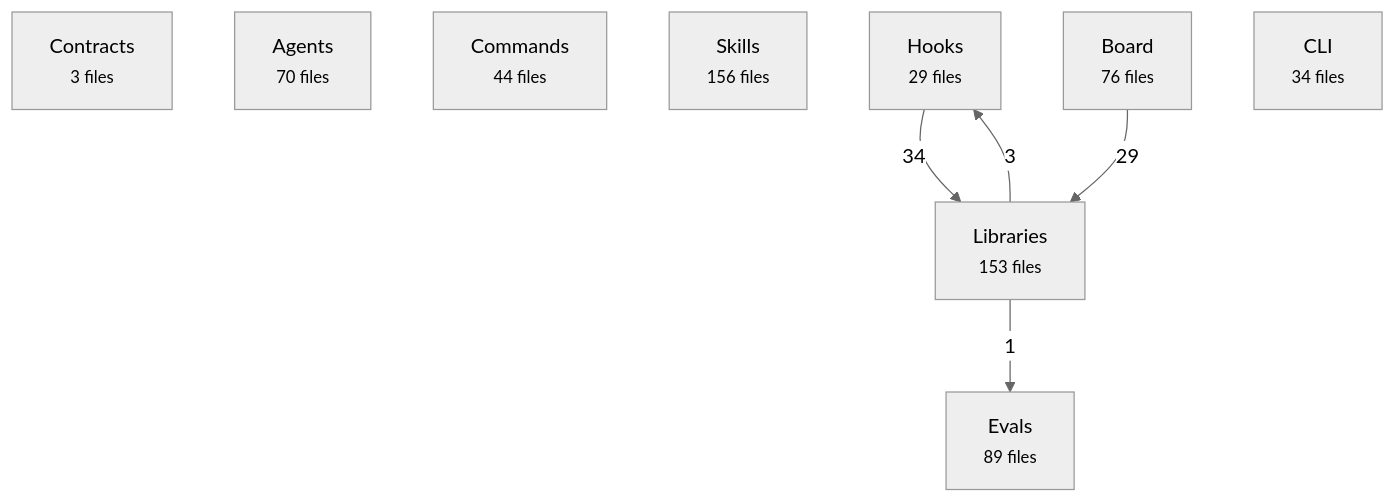
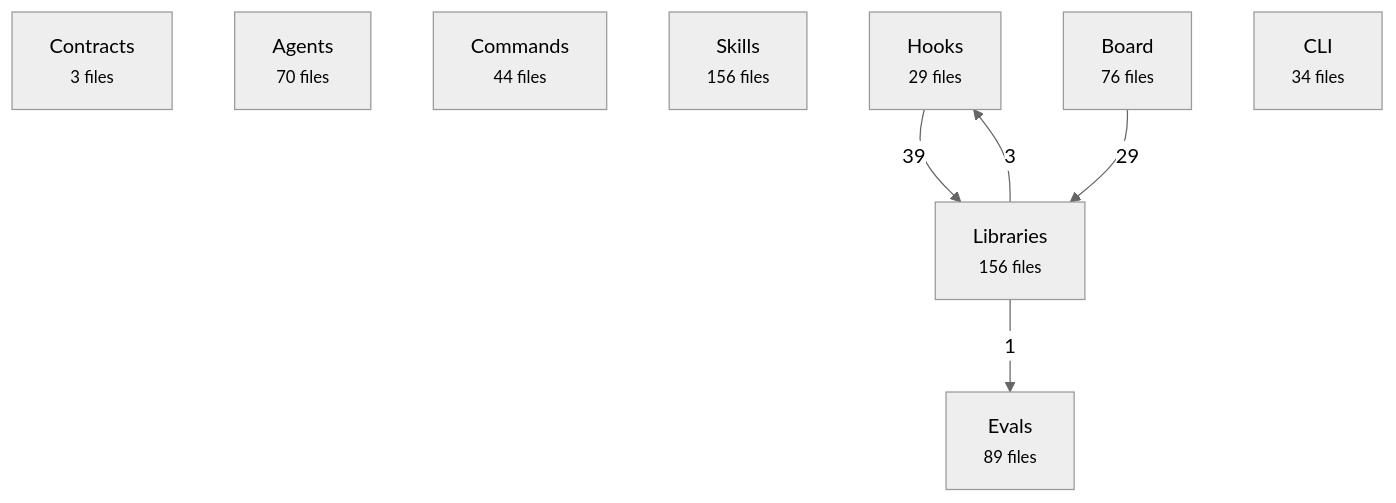
The first of 2 diagrams in docs/reference/architecture-map.md (avelikiy/great_cto), drawn with Mermaid (neutral theme) before and after one commit. The commit also changed other lines of this file and 17 other files, not shown here.

````diff
--- a/docs/reference/architecture-map.md
+++ b/docs/reference/architecture-map.md
@@ -20,16 +20,16 @@
 ```mermaid
 flowchart TD
   contracts["Contracts<br/><small>3 files</small>"]
   agents["Agents<br/><small>70 files</small>"]
   commands["Commands<br/><small>44 files</small>"]
   skills["Skills<br/><small>156 files</small>"]
   hooks["Hooks<br/><small>29 files</small>"]
-  libs["Libraries<br/><small>153 files</small>"]
+  libs["Libraries<br/><small>156 files</small>"]
   board["Board<br/><small>76 files</small>"]
   cli["CLI<br/><small>34 files</small>"]
   evals["Evals<br/><small>89 files</small>"]
-  hooks -->|34| libs
+  hooks -->|39| libs
   board -->|29| libs
   libs -->|3| hooks
   libs -->|1| evals
 ```
````
